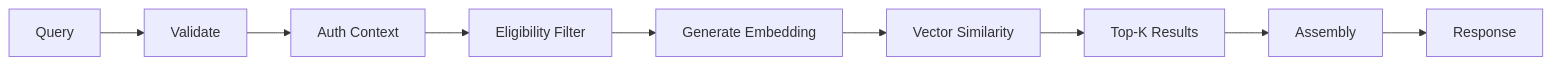
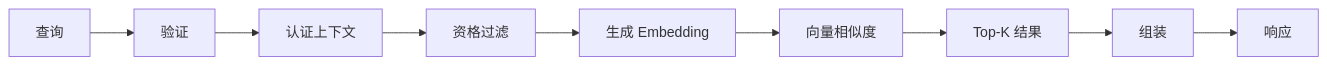
Before and after one commit to pofossette/TrapMap-for-vibing: the first of 8 diagrams in docs/architecture/components/RETRIEVAL.md, drawn with Mermaid. The commit also changed other lines of this file and 11 other files, not shown here.

First line of the commit message:
docs: 转换 ASCII 框图为 Mermaid flowchart tb + subgraph，翻译已有 Mermaid 图表为简体中文

````diff
--- a/docs/architecture/components/RETRIEVAL.md
+++ b/docs/architecture/components/RETRIEVAL.md
@@ -27,11 +27,11 @@
 ```mermaid
 flowchart LR
-    A[Query] --> B[Validate]
-    B --> C[Auth Context]
-    C --> D[Eligibility Filter]
-    D --> E[Generate Embedding]
-    E --> F[Vector Similarity]
-    F --> G[Top-K Results]
-    G --> H[Assembly]
-    H --> I[Response]
+    A[查询] --> B[验证]
+    B --> C[认证上下文]
+    C --> D[资格过滤]
+    D --> E[生成 Embedding]
+    E --> F[向量相似度]
+    F --> G[Top-K 结果]
+    G --> H[组装]
+    H --> I[响应]
 ```
````
